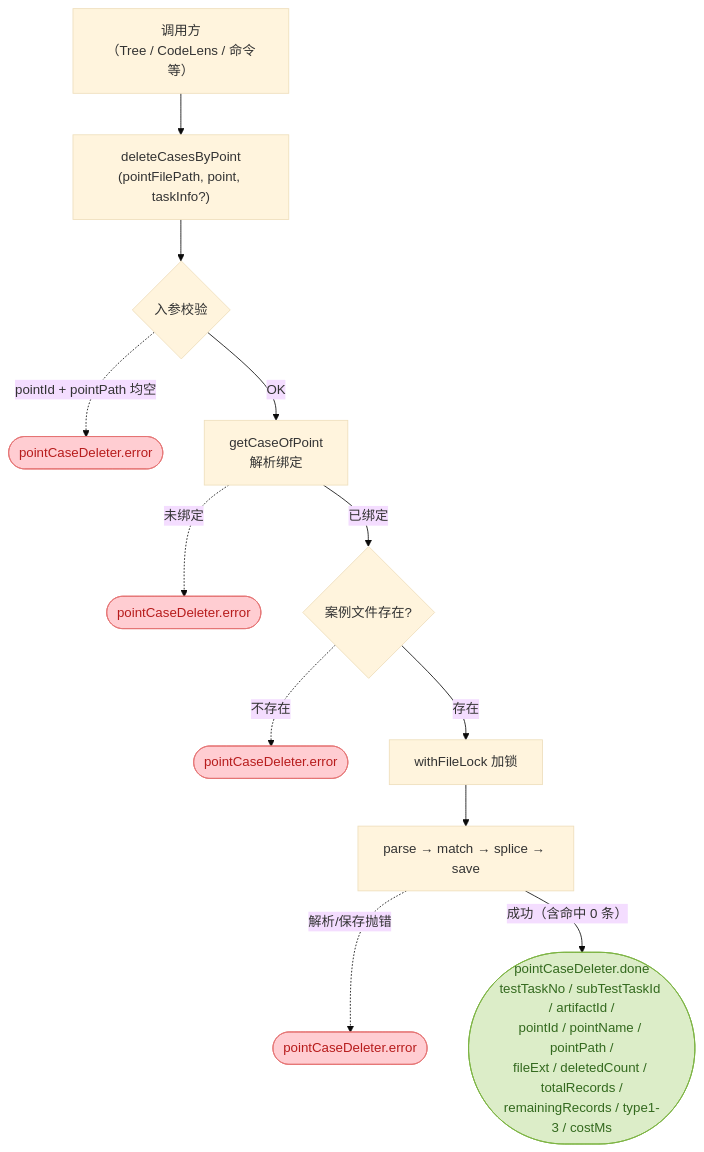
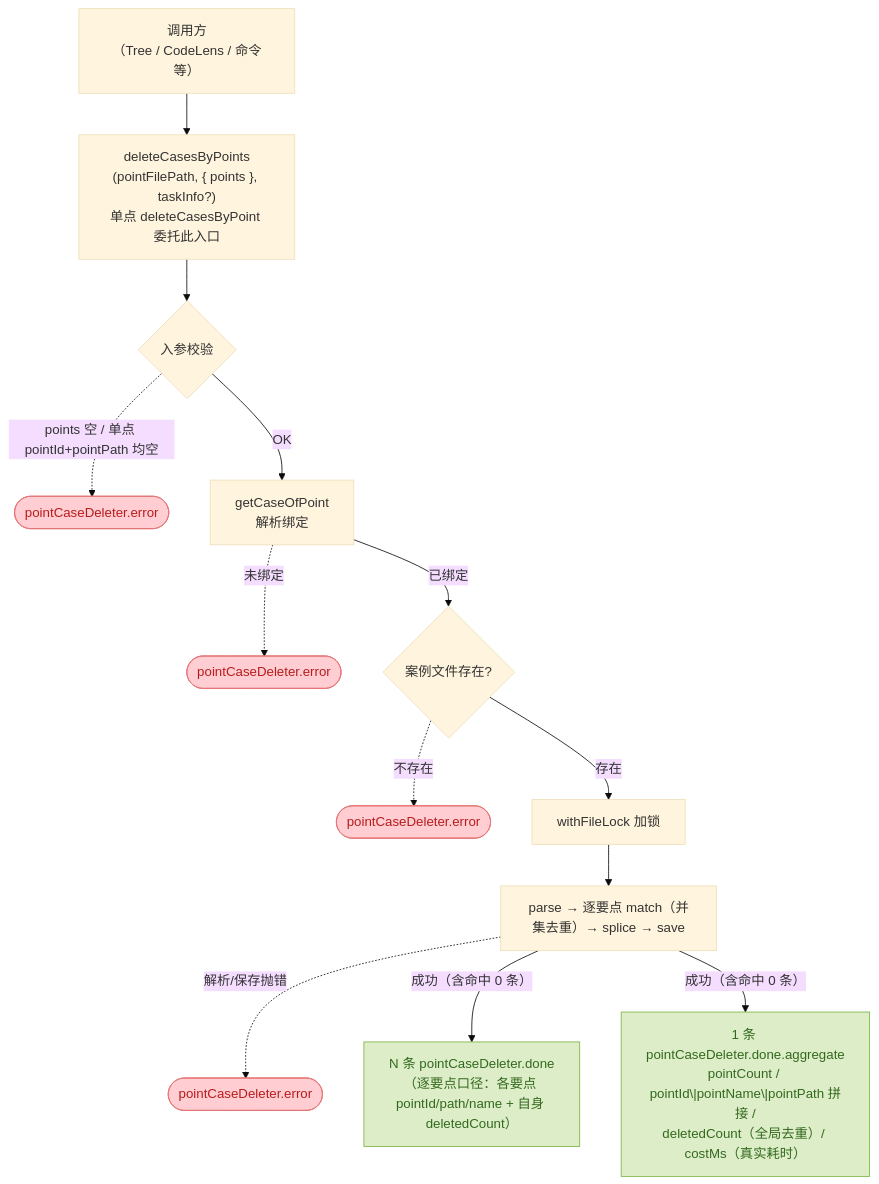
The sixth of 6 diagrams in docs/architecture/point-case-linker-design.md (IvyCloudy/workbench), drawn with Mermaid (base theme) before and after one commit. The commit also changed other lines of this file and 3 other files, not shown here.

````diff
--- a/docs/architecture/point-case-linker-design.md
+++ b/docs/architecture/point-case-linker-design.md
@@ -776,19 +803,20 @@
 ```mermaid
 flowchart TB
-    A["调用方<br/>（Tree / CodeLens / 命令等）"] --> B["deleteCasesByPoint<br/>(pointFilePath, point, taskInfo?)"]
+    A["调用方<br/>（Tree / CodeLens / 命令等）"] --> B["deleteCasesByPoints<br/>(pointFilePath, { points }, taskInfo?)<br/>单点 deleteCasesByPoint 委托此入口"]
     B --> C{"入参校验"}
-    C -.pointId + pointPath 均空.-> ERR1(["pointCaseDeleter.error"])
+    C -.points 空 / 单点 pointId+pointPath 均空.-> ERR1(["pointCaseDeleter.error"])
     C -->|OK| D["getCaseOfPoint<br/>解析绑定"]
     D -.未绑定.-> ERR2(["pointCaseDeleter.error"])
     D -->|已绑定| E{"案例文件存在?"}
     E -.不存在.-> ERR3(["pointCaseDeleter.error"])
     E -->|存在| F["withFileLock 加锁"]
-    F --> G["parse → match → splice → save"]
+    F --> G["parse → 逐要点 match（并集去重）→ splice → save"]
     G -.解析/保存抛错.-> ERR4(["pointCaseDeleter.error"])
-    G -->|成功（含命中 0 条）| DONE(["pointCaseDeleter.done<br/>testTaskNo / subTestTaskId / artifactId /<br/>pointId / pointName / pointPath /<br/>fileExt / deletedCount / totalRecords /<br/>remainingRecords / type1-3 / costMs"])
+    G -->|成功（含命中 0 条）| DONE_N["N 条 pointCaseDeleter.done<br/>（逐要点口径：各要点 pointId/path/name + 自身 deletedCount）"]
+    G -->|成功（含命中 0 条）| DONE_AGG["1 条 pointCaseDeleter.done.aggregate<br/>pointCount / pointId\|pointName\|pointPath 拼接 /<br/>deletedCount（全局去重）/ costMs（真实耗时）"]
 
     classDef ok fill:#DCEDC8,stroke:#7CB342,color:#33691E
     classDef err fill:#FFCDD2,stroke:#E57373,color:#B71C1C
-    class DONE ok
+    class DONE_N,DONE_AGG ok
     class ERR1,ERR2,ERR3,ERR4 err
 ```
````
